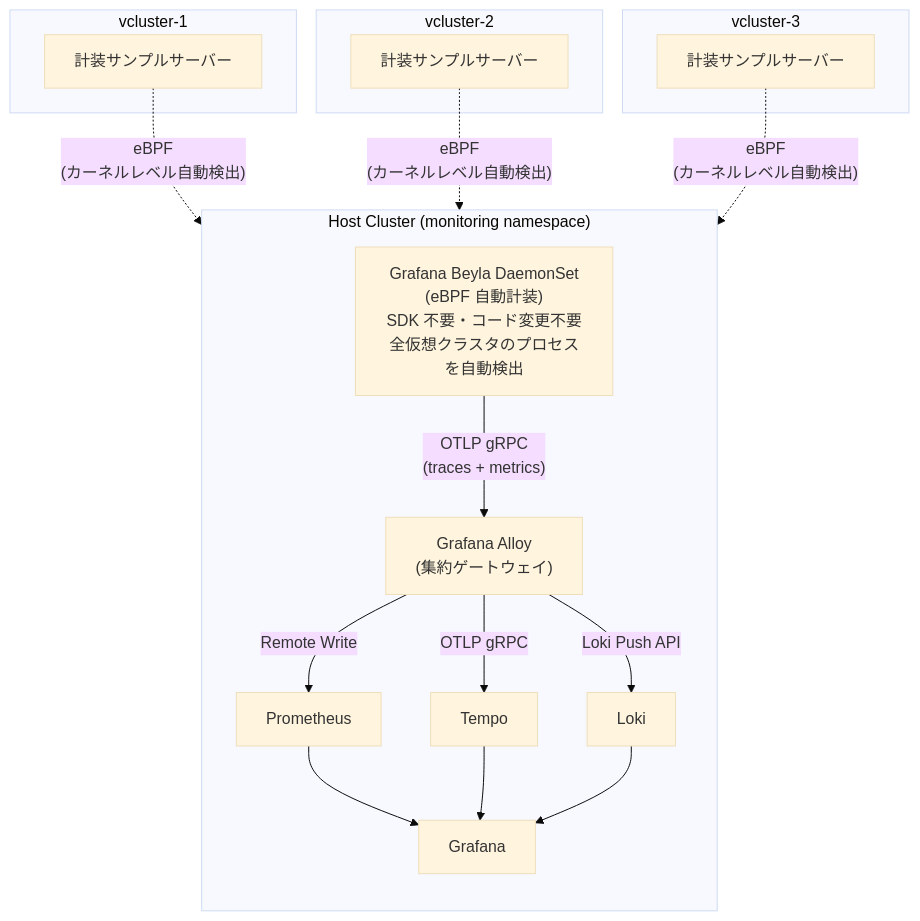
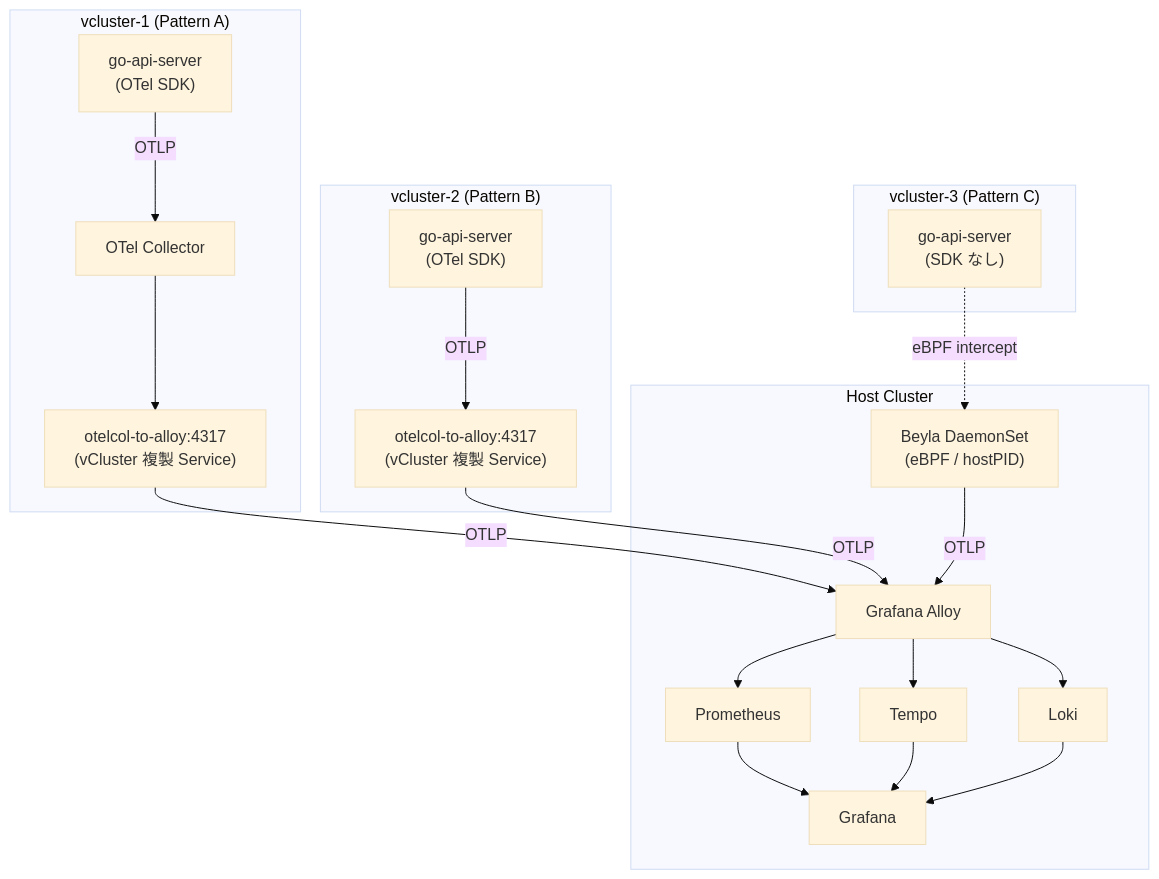
The diagram in README.md (cyokozai/vcluster-o11y), drawn with Mermaid (base theme) before and after one commit. The commit also changed other lines of this file and 3 other files, not shown here.

````diff
--- a/README.md
+++ b/README.md
@@ -41,34 +7,35 @@
 ```mermaid
 flowchart TB
-  subgraph vc1["vcluster-1"]
-    app1["計装サンプルサーバー"]
+  subgraph vc1["vcluster-1 (Pattern A)"]
+    appA["go-api-server\n(OTel SDK)"]
+    colA["OTel Collector"]
+    svcA["otelcol-to-alloy:4317\n(vCluster 複製 Service)"]
+    appA -->|OTLP| colA --> svcA
   end
 
-  subgraph vc2["vcluster-2"]
-    app2["計装サンプルサーバー"]
+  subgraph vc2["vcluster-2 (Pattern B)"]
+    appB["go-api-server\n(OTel SDK)"]
+    svcB["otelcol-to-alloy:4317\n(vCluster 複製 Service)"]
+    appB -->|OTLP| svcB
   end
 
-  subgraph vc3["vcluster-3"]
-    app3["計装サンプルサーバー"]
+  subgraph vc3["vcluster-3 (Pattern C)"]
+    appC["go-api-server\n(SDK なし)"]
   end
 
-  subgraph host["Host Cluster (monitoring namespace)"]
-    direction TB
-    beyla["Grafana Beyla DaemonSet\n(eBPF 自動計装)\nSDK 不要・コード変更不要\n全仮想クラスタのプロセスを自動検出"]
-    alloy["Grafana Alloy\n(集約ゲートウェイ)"]
-    prometheus["Prometheus"]
+  subgraph host["Host Cluster"]
+    beyla["Beyla DaemonSet\n(eBPF / hostPID)"]
+    alloy["Grafana Alloy"]
+    prom["Prometheus"]
     tempo["Tempo"]
     loki["Loki"]
     grafana["Grafana"]
 
-    beyla -->|"OTLP gRPC\n(traces + metrics)"| alloy
-    alloy -->|"Remote Write"| prometheus
-    alloy -->|"OTLP gRPC"| tempo
-    alloy -->|"Loki Push API"| loki
-    prometheus & tempo & loki --> grafana
+    appC -. "eBPF intercept" .-> beyla
+    svcA -->|OTLP| alloy
+    svcB -->|OTLP| alloy
+    beyla -->|OTLP| alloy
+    alloy --> prom & tempo & loki
+    prom & tempo & loki --> grafana
   end
-
-  app1 -. "eBPF\n(カーネルレベル自動検出)" .-> beyla
-  app2 -. "eBPF\n(カーネルレベル自動検出)" .-> beyla
-  app3 -. "eBPF\n(カーネルレベル自動検出)" .-> beyla
 ```
````
